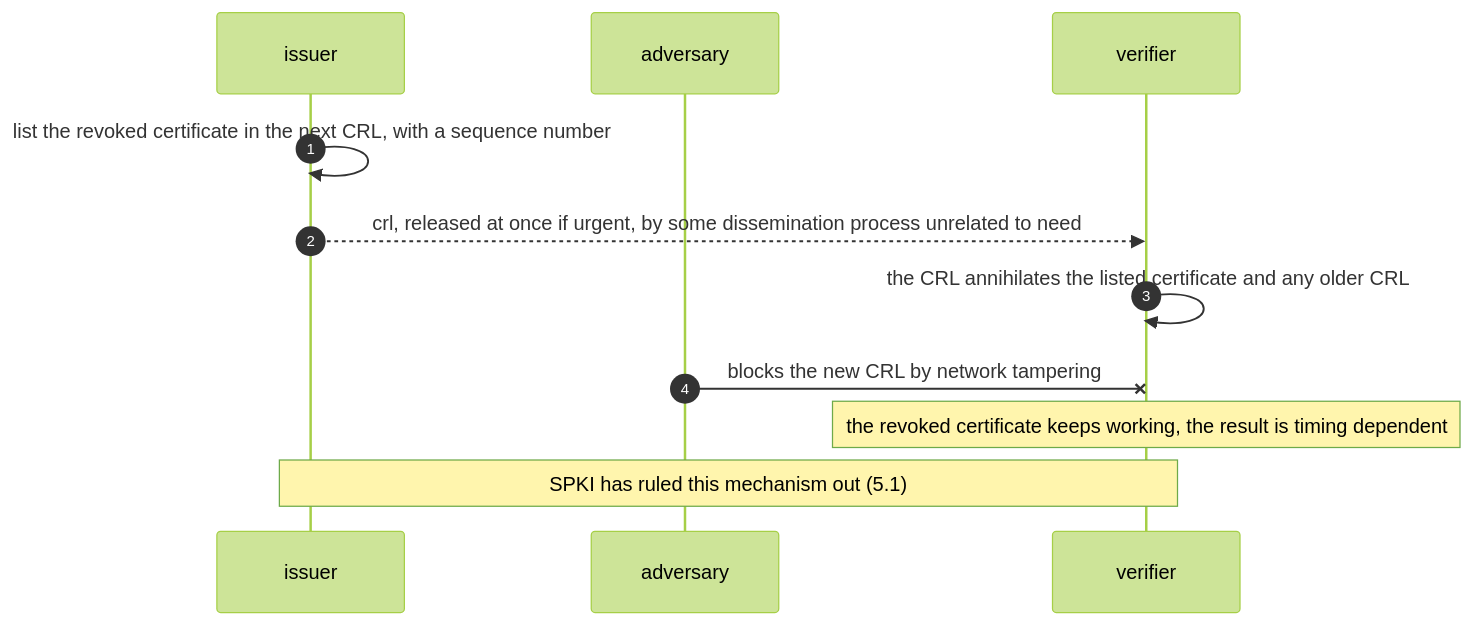
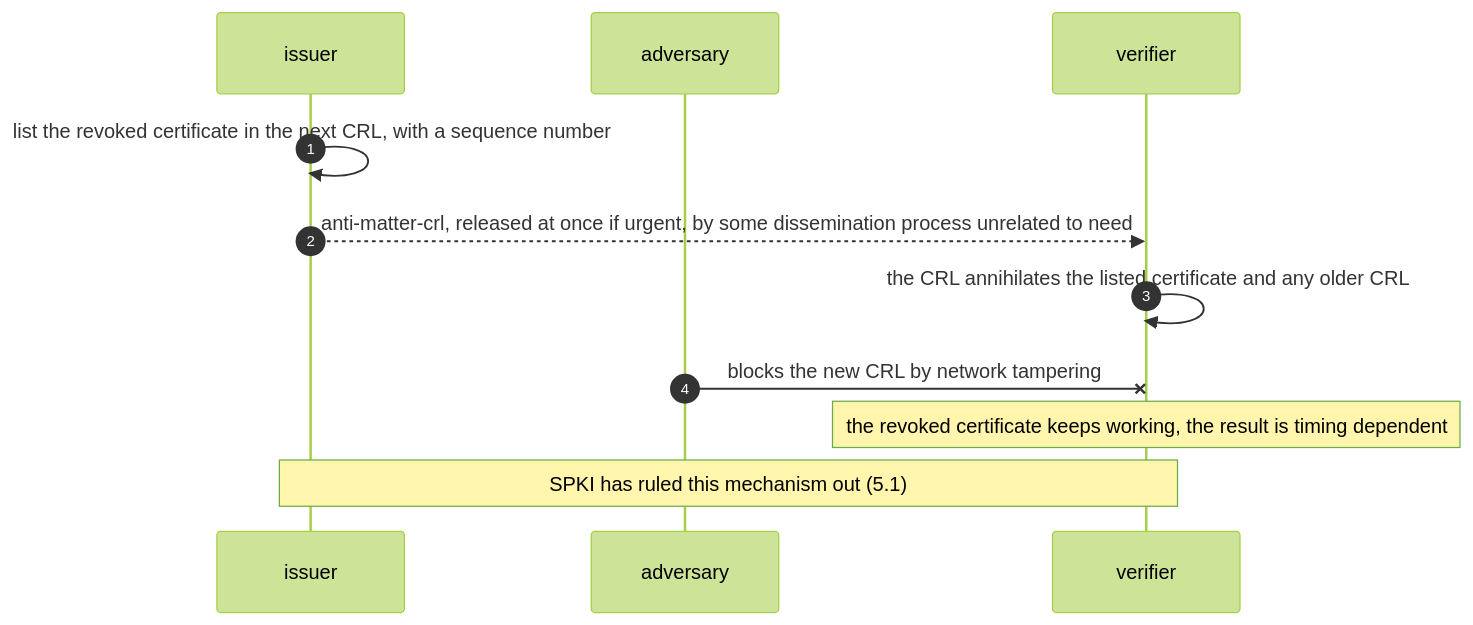
One commit to m-of-n/library changed the eighth of 25 diagrams in records/ietf/rfc-2693/distilled/protocol.md. Above: the diagram before and after it, drawn with Mermaid (forest theme). The commit also changed other lines of this file and 8 other files, not shown here.

````diff
--- a/records/ietf/rfc-2693/distilled/protocol.md
+++ b/records/ietf/rfc-2693/distilled/protocol.md
@@ -351,13 +348,13 @@
 ```mermaid
 sequenceDiagram
   autonumber
   participant I as issuer
   participant X as adversary
   participant V as verifier
   I->>I: list the revoked certificate in the next CRL, with a sequence number
-  I-->>V: crl, released at once if urgent, by some dissemination process unrelated to need
+  I-->>V: anti-matter-crl, released at once if urgent, by some dissemination process unrelated to need
   V->>V: the CRL annihilates the listed certificate and any older CRL
   X-xV: blocks the new CRL by network tampering
   Note over V: the revoked certificate keeps working, the result is timing dependent
   Note over I,V: SPKI has ruled this mechanism out (5.1)
 ```
````
